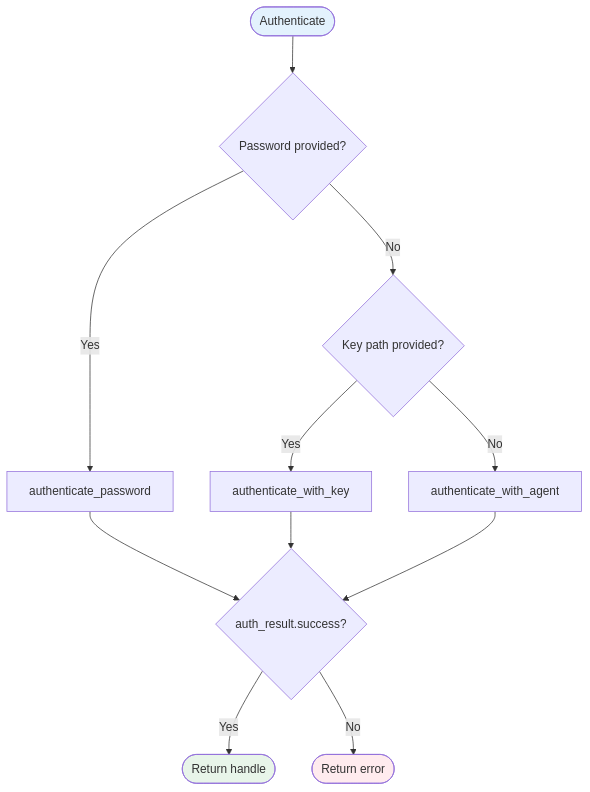
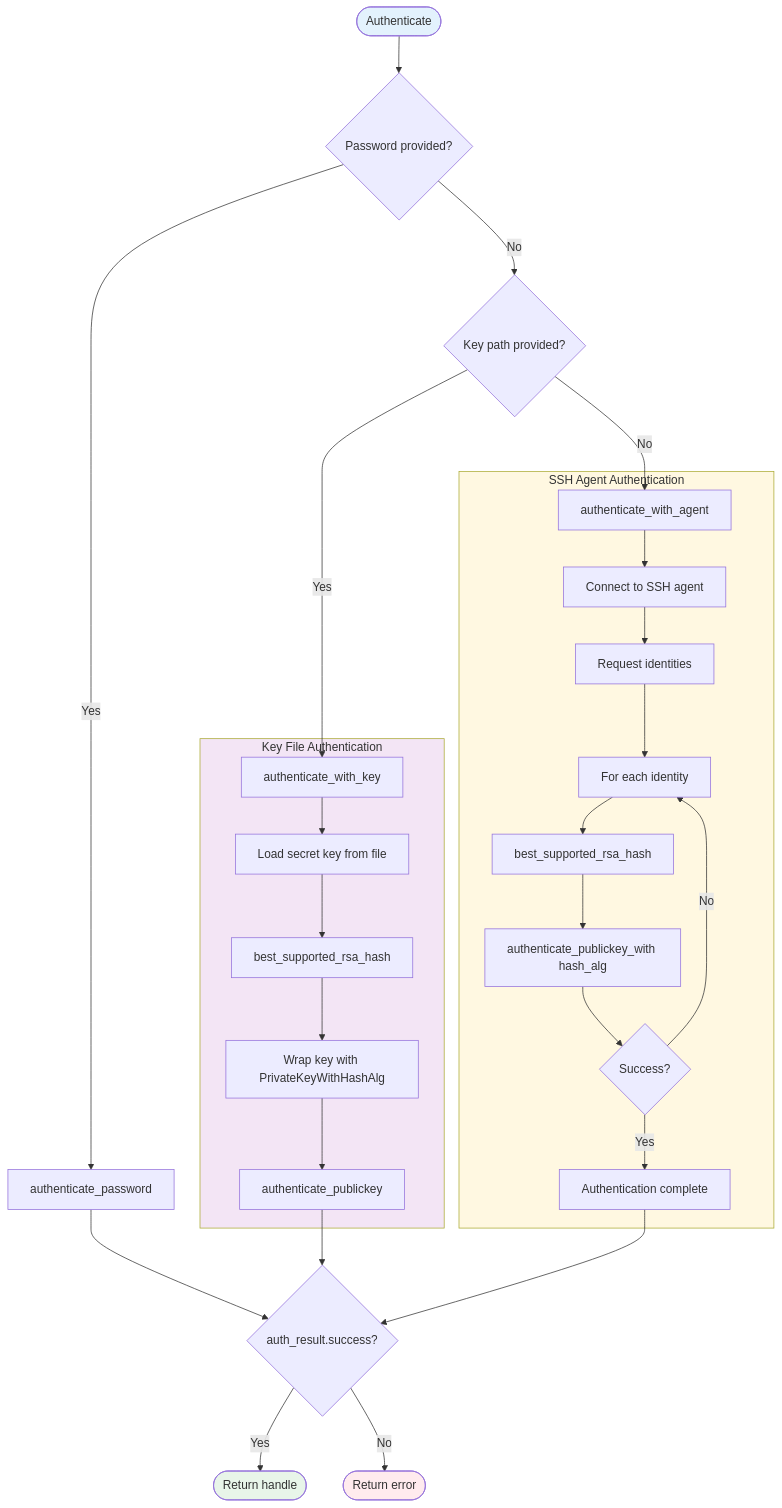
The seventh of 15 diagrams in docs/FLOWS.md (farchanjo/ssh-mcp), drawn with Mermaid before and after one commit. The commit also changed other lines of this file and 3 other files, not shown here.

First line of the commit message:
docs: update all documentation for RSA hash and modular architecture

````diff
--- a/docs/FLOWS.md
+++ b/docs/FLOWS.md
@@ -262,21 +312,41 @@
 ```mermaid
 flowchart TD
     Start([Authenticate]) --> CheckPassword{Password provided?}
 
     CheckPassword -->|Yes| PasswordAuth[authenticate_password]
     CheckPassword -->|No| CheckKey{Key path provided?}
 
     CheckKey -->|Yes| KeyAuth[authenticate_with_key]
     CheckKey -->|No| AgentAuth[authenticate_with_agent]
 
+    subgraph KeyAuthFlow["Key File Authentication"]
+        KeyAuth --> LoadKey[Load secret key from file]
+        LoadKey --> NegotiateKey[best_supported_rsa_hash]
+        NegotiateKey --> WrapKey[Wrap key with PrivateKeyWithHashAlg]
+        WrapKey --> AuthKey[authenticate_publickey]
+    end
+
+    subgraph AgentAuthFlow["SSH Agent Authentication"]
+        AgentAuth --> ConnectAgent[Connect to SSH agent]
+        ConnectAgent --> GetIdentities[Request identities]
+        GetIdentities --> LoopStart[For each identity]
+        LoopStart --> NegotiateAgent[best_supported_rsa_hash]
+        NegotiateAgent --> AuthAgent[authenticate_publickey_with hash_alg]
+        AuthAgent --> CheckAgentResult{Success?}
+        CheckAgentResult -->|No| LoopStart
+        CheckAgentResult -->|Yes| AgentDone[Authentication complete]
+    end
+
     PasswordAuth --> Result{auth_result.success?}
-    KeyAuth --> Result
-    AgentAuth --> Result
+    AuthKey --> Result
+    AgentDone --> Result
 
     Result -->|Yes| Success([Return handle])
     Result -->|No| Fail([Return error])
 
     style Start fill:#e3f2fd
     style Success fill:#e8f5e9
     style Fail fill:#ffebee
+    style KeyAuthFlow fill:#f3e5f5
+    style AgentAuthFlow fill:#fff8e1
 ```
````
